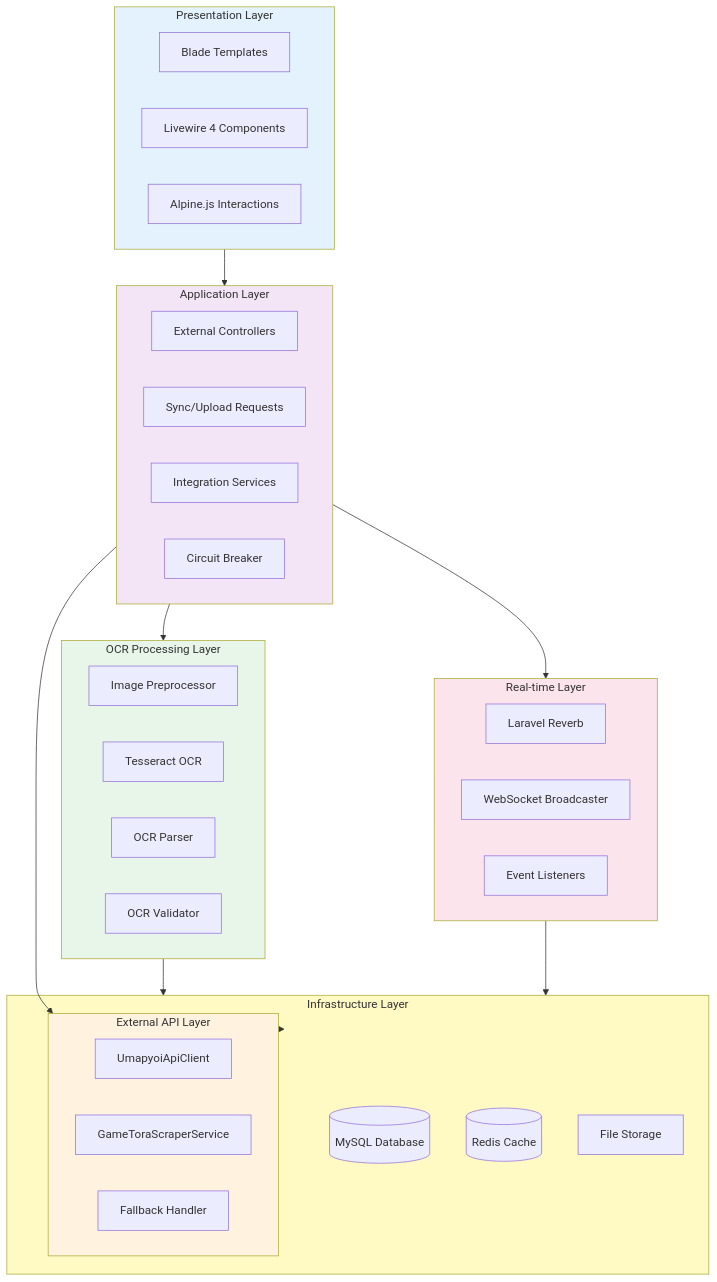
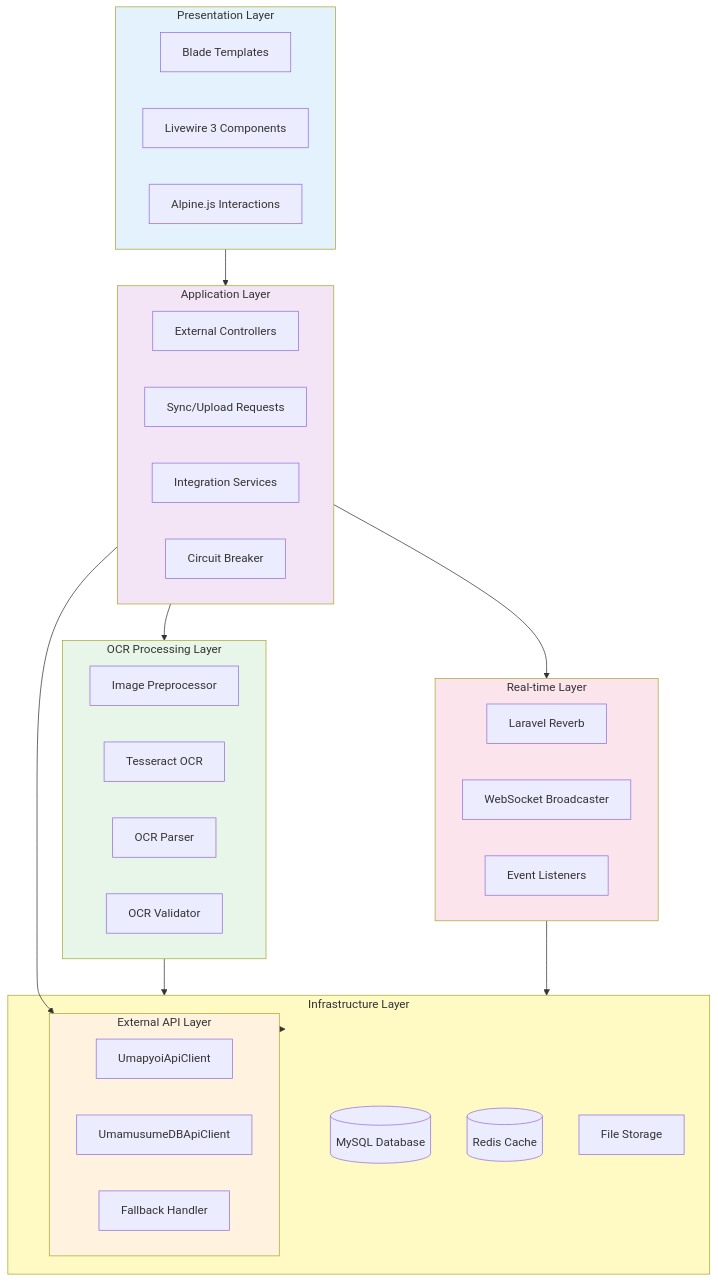
One commit to exatfrds67/umamusume-career-planner changed the first of 9 diagrams in docs/01-tech-flow/TECH-FLOW-007_External_Integration_Flow.md. Above: the diagram before and after it, drawn with Mermaid. The commit also changed other lines of this file and 58 other files, not shown here.

Commit message:
docs(flow): fix markdownlint errors in diagrams, flows, sequences, tech-flow, user-flows, and wireframes

````diff
--- a/docs/01-tech-flow/TECH-FLOW-007_External_Integration_Flow.md
+++ b/docs/01-tech-flow/TECH-FLOW-007_External_Integration_Flow.md
@@ -47,56 +47,56 @@
 ```mermaid
 flowchart TB
     subgraph Presentation["Presentation Layer"]
         Blade["Blade Templates"]
-        Livewire["Livewire 4 Components"]
+        Livewire["Livewire 3 Components"]
         Alpine["Alpine.js Interactions"]
     end
     
     subgraph Application["Application Layer"]
         Controllers["External Controllers"]
         FormRequests["Sync/Upload Requests"]
         Services["Integration Services"]
         CircuitBreaker["Circuit Breaker"]
     end
     
     subgraph ExternalAPIs["External API Layer"]
         UmapyoiClient["UmapyoiApiClient"]
-        GameToraClient["GameToraScraperService"]
+        UmamusumeDBClient["UmamusumeDBApiClient"]
         FallbackHandler["Fallback Handler"]
     end
     
     subgraph OCRPipeline["OCR Processing Layer"]
         ImagePreprocessor["Image Preprocessor"]
         TesseractEngine["Tesseract OCR"]
         DataParser["OCR Parser"]
         Validator["OCR Validator"]
     end
     
     subgraph RealtimeLayer["Real-time Layer"]
         Reverb["Laravel Reverb"]
         WebSocketBroadcaster["WebSocket Broadcaster"]
         EventListeners["Event Listeners"]
     end
     
     subgraph Infrastructure["Infrastructure Layer"]
         MySQL[("MySQL Database")]
         Redis[("Redis Cache")]
         FileStorage["File Storage"]
         ExternalAPIs["External APIs"]
     end
     
     Presentation --> Application
     Application --> ExternalAPIs
     Application --> OCRPipeline
     Application --> RealtimeLayer
     ExternalAPIs --> Infrastructure
     OCRPipeline --> Infrastructure
     RealtimeLayer --> Infrastructure
     
     style Presentation fill:#e3f2fd
     style Application fill:#f3e5f5
     style ExternalAPIs fill:#fff3e0
     style OCRPipeline fill:#e8f5e9
     style RealtimeLayer fill:#fce4ec
     style Infrastructure fill:#fff9c4
 ```
````
